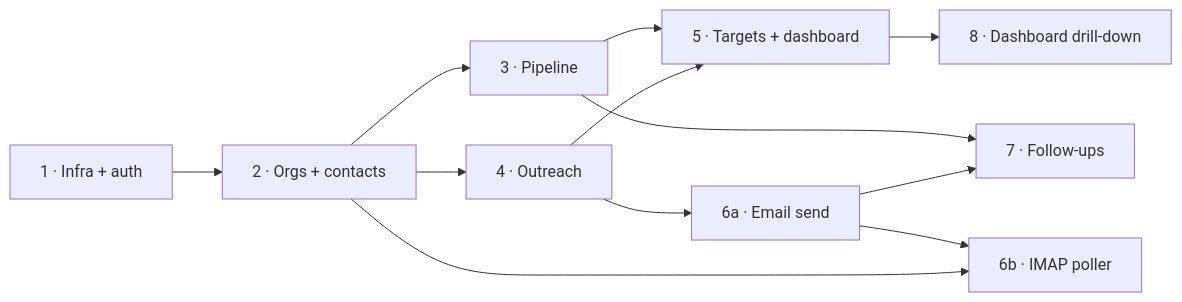
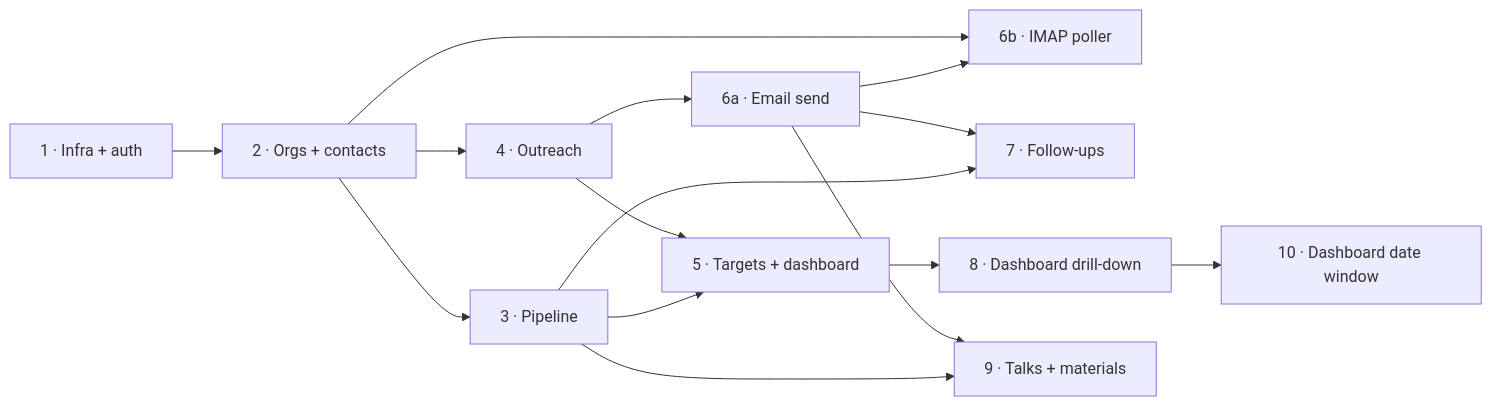
Before and after one commit to saastabp/speaker-tracker: the diagram in docs/DEV-PLAN.md, drawn with Mermaid. The commit also changed other lines of this file and 21 other files, not shown here.

````diff
--- a/docs/DEV-PLAN.md
+++ b/docs/DEV-PLAN.md
@@ -515,14 +597,17 @@
 ```mermaid
 flowchart LR
     S1["1 · Infra + auth"] --> S2["2 · Orgs + contacts"]
     S2 --> S3["3 · Pipeline"]
     S2 --> S4["4 · Outreach"]
     S3 --> S5["5 · Targets + dashboard"]
     S4 --> S5
     S4 --> S6A["6a · Email send"]
     S6A --> S6B["6b · IMAP poller"]
     S2 --> S6B
     S3 --> S7["7 · Follow-ups"]
     S6A --> S7
     S5 --> S8["8 · Dashboard drill-down"]
+    S3 --> S9["9 · Talks + materials"]
+    S6A --> S9
+    S8 --> S10["10 · Dashboard date window"]
 ```
````
